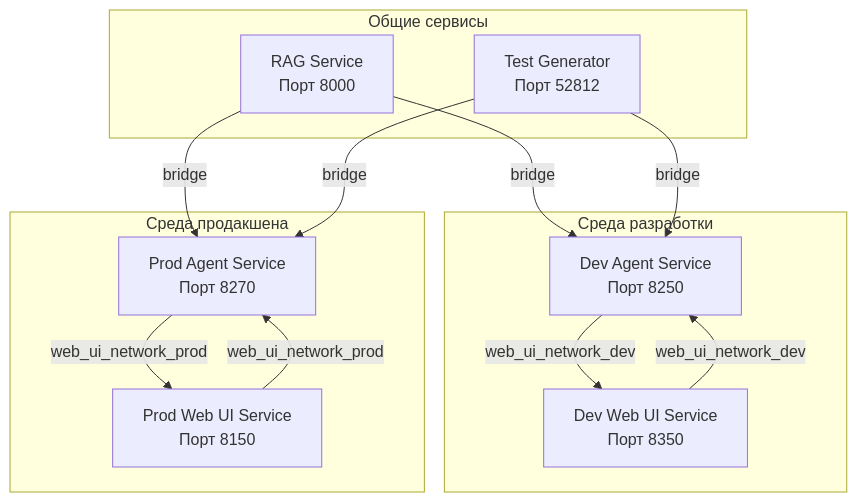
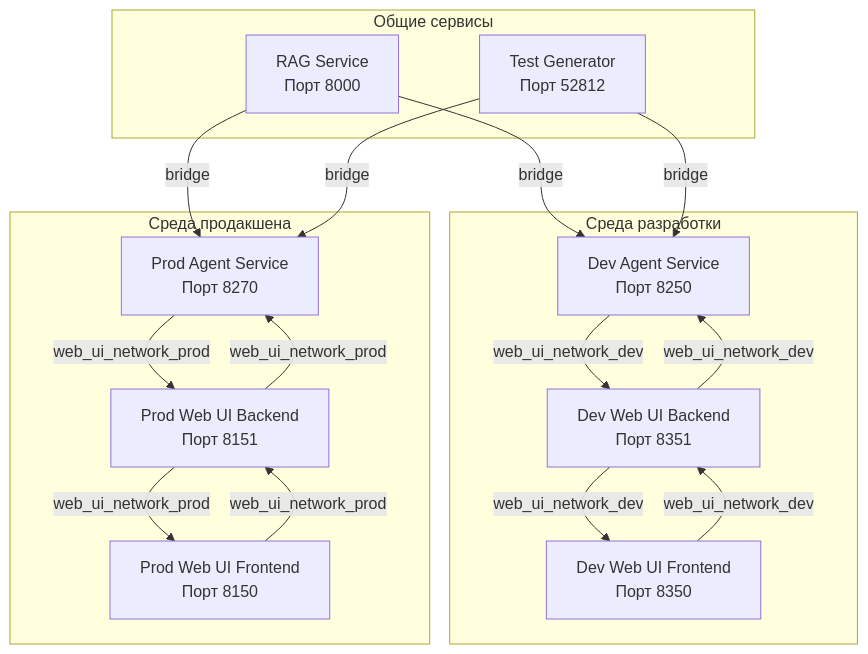
One commit to Lifelong-Learning-Assisttant/agent_service changed the diagram in docs/network_interaction.md. Above: the diagram before and after it, drawn with Mermaid. The commit also changed other lines of this file, not shown here.

Commit message:
рабаотающий prod v001

````diff
--- a/docs/network_interaction.md
+++ b/docs/network_interaction.md
@@ -15,19 +15,23 @@
 ```mermaid
 graph TD
     subgraph Среда разработки
-        A1[Dev Agent Service<br/>Порт 8250] -->|web_ui_network_dev| B1[Dev Web UI Service<br/>Порт 8350]
+        A1[Dev Agent Service<br/>Порт 8250] -->|web_ui_network_dev| B1[Dev Web UI Backend<br/>Порт 8351]
         B1 -->|web_ui_network_dev| A1
+        B1 -->|web_ui_network_dev| C1[Dev Web UI Frontend<br/>Порт 8350]
+        C1 -->|web_ui_network_dev| B1
     end
 
     subgraph Среда продакшена
-        A2[Prod Agent Service<br/>Порт 8270] -->|web_ui_network_prod| B2[Prod Web UI Service<br/>Порт 8150]
+        A2[Prod Agent Service<br/>Порт 8270] -->|web_ui_network_prod| B2[Prod Web UI Backend<br/>Порт 8151]
         B2 -->|web_ui_network_prod| A2
+        B2 -->|web_ui_network_prod| C2[Prod Web UI Frontend<br/>Порт 8150]
+        C2 -->|web_ui_network_prod| B2
     end
 
     subgraph Общие сервисы
         D[RAG Service<br/>Порт 8000] -->|bridge| A1
         D -->|bridge| A2
         E[Test Generator<br/>Порт 52812] -->|bridge| A1
         E -->|bridge| A2
     end
 ```
````
